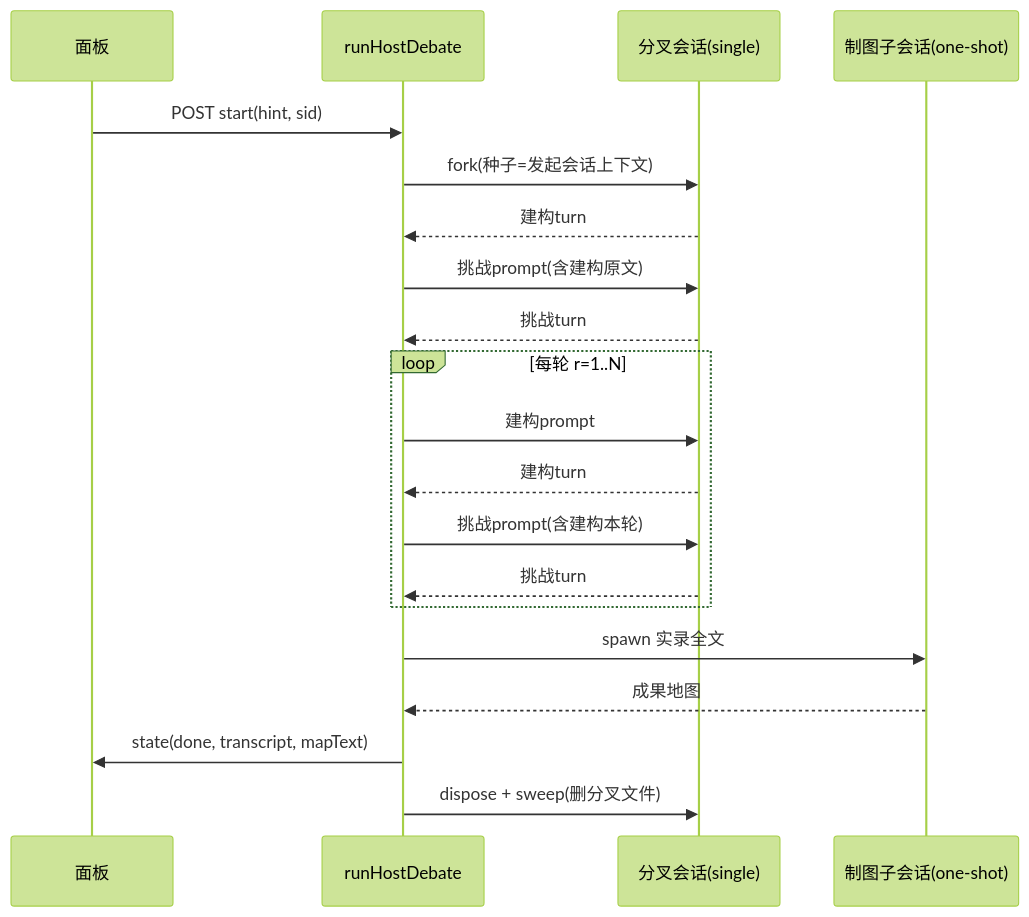
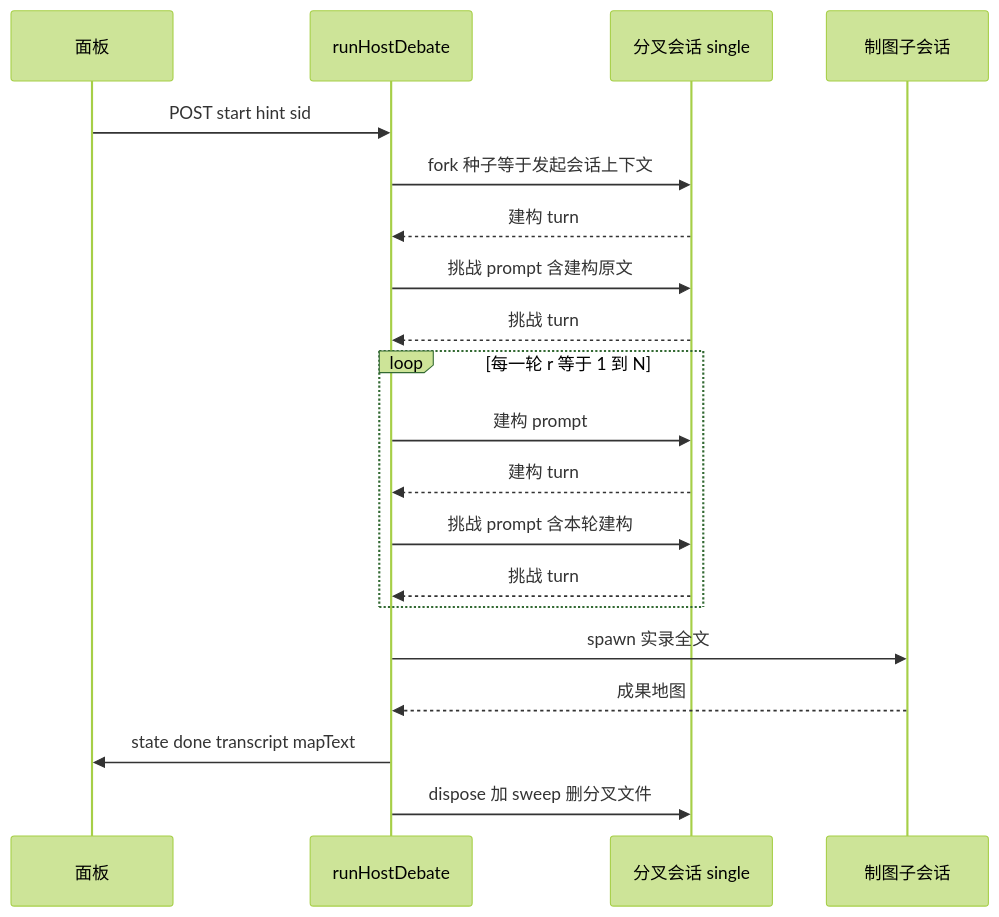
Before and after one commit to doubleelec/dsh-debate: the third of 3 diagrams in docs/architecture.md, drawn with Mermaid (forest theme). The commit also changed other lines of this file and 22 other files, not shown here.

````diff
--- a/docs/architecture.md
+++ b/docs/architecture.md
@@ -108,22 +141,22 @@
 ```mermaid
 sequenceDiagram
     participant P as 面板
     participant H as runHostDebate
-    participant F as 分叉会话(single)
-    participant S as 制图子会话(one-shot)
-    P->>H: POST start(hint, sid)
-    H->>F: fork(种子=发起会话上下文)
-    F-->>H: 建构turn
-    H->>F: 挑战prompt(含建构原文)
-    F-->>H: 挑战turn
-    loop 每轮 r=1..N
-        H->>F: 建构prompt
-        F-->>H: 建构turn
-        H->>F: 挑战prompt(含建构本轮)
-        F-->>H: 挑战turn
+    participant F as 分叉会话 single
+    participant S as 制图子会话
+    P->>H: POST start hint sid
+    H->>F: fork 种子等于发起会话上下文
+    F-->>H: 建构 turn
+    H->>F: 挑战 prompt 含建构原文
+    F-->>H: 挑战 turn
+    loop 每一轮 r 等于 1 到 N
+        H->>F: 建构 prompt
+        F-->>H: 建构 turn
+        H->>F: 挑战 prompt 含本轮建构
+        F-->>H: 挑战 turn
     end
     H->>S: spawn 实录全文
     S-->>H: 成果地图
-    H->>P: state(done, transcript, mapText)
-    H->>F: dispose + sweep(删分叉文件)
+    H->>P: state done transcript mapText
+    H->>F: dispose 加 sweep 删分叉文件
 ```
````
